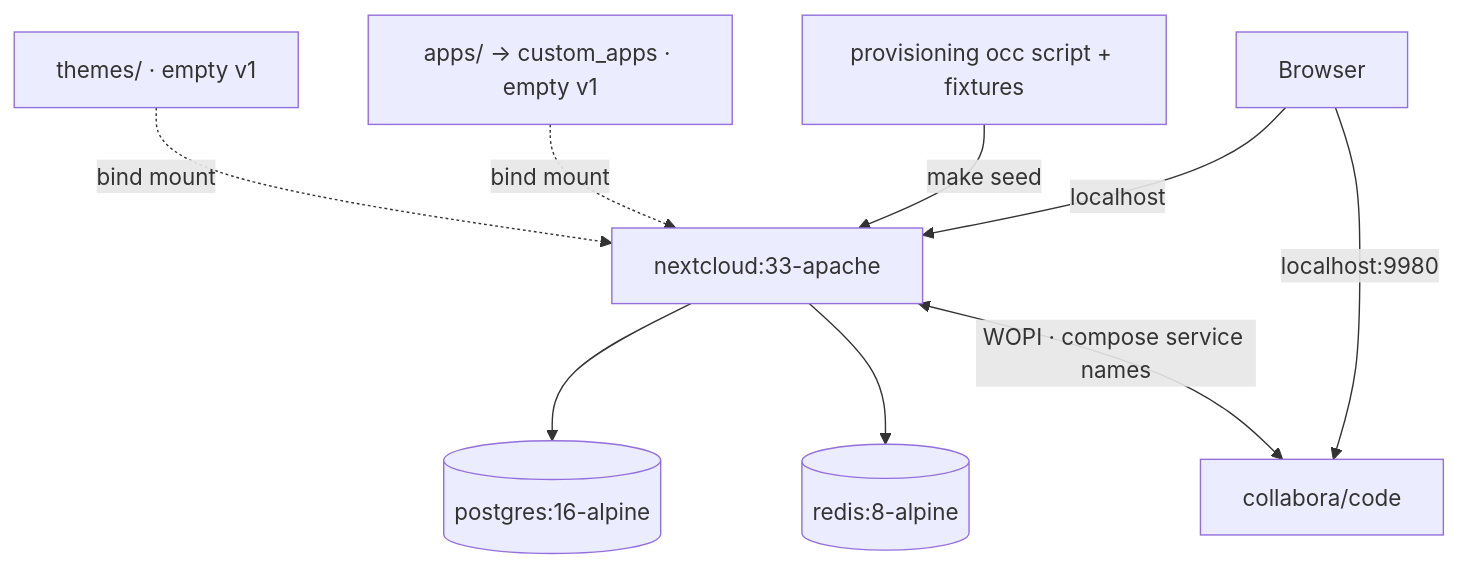
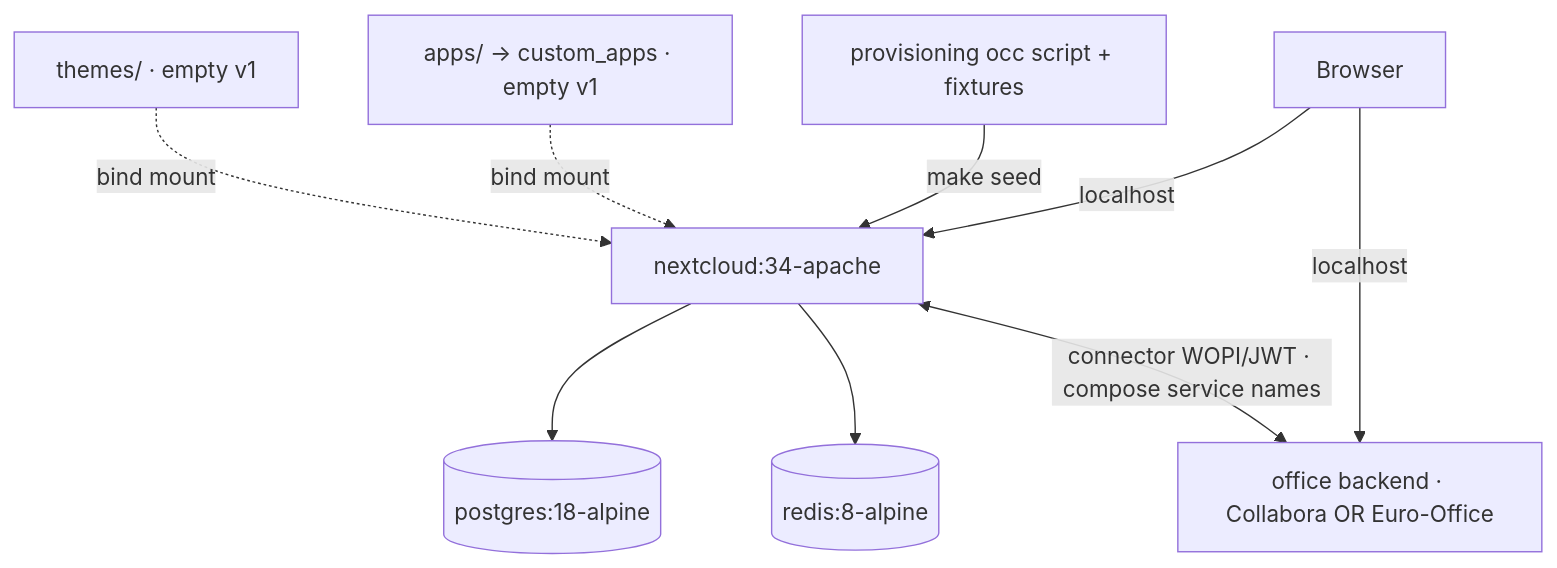
The second of 3 diagrams in docs/planning/architecture/architecture-apsconecta-gestion-2026-07-18/ARCHITECTURE-SPINE.md (APS-Conecta/gestion), drawn with Mermaid before and after one commit. The commit also changed other lines of this file and 14 other files, not shown here.

````diff
--- a/docs/planning/architecture/architecture-apsconecta-gestion-2026-07-18/ARCHITECTURE-SPINE.md
+++ b/docs/planning/architecture/architecture-apsconecta-gestion-2026-07-18/ARCHITECTURE-SPINE.md
@@ -202,11 +212,11 @@
 ```mermaid
 graph TD
-  B[Browser] -->|localhost| NC[nextcloud:33-apache]
-  B -->|localhost:9980| C[collabora/code]
-  NC --> PG[(postgres:16-alpine)]
+  B[Browser] -->|localhost| NC[nextcloud:34-apache]
+  B -->|localhost| C[office backend · Collabora OR Euro-Office]
+  NC --> PG[(postgres:18-alpine)]
   NC --> R[(redis:8-alpine)]
-  NC <-->|WOPI · compose service names| C
+  NC <-->|connector WOPI/JWT · compose service names| C
   PROV[provisioning occ script + fixtures] -->|make seed| NC
   A[apps/ → custom_apps · empty v1] -.bind mount.-> NC
   T[themes/ · empty v1] -.bind mount.-> NC
 ```
````
